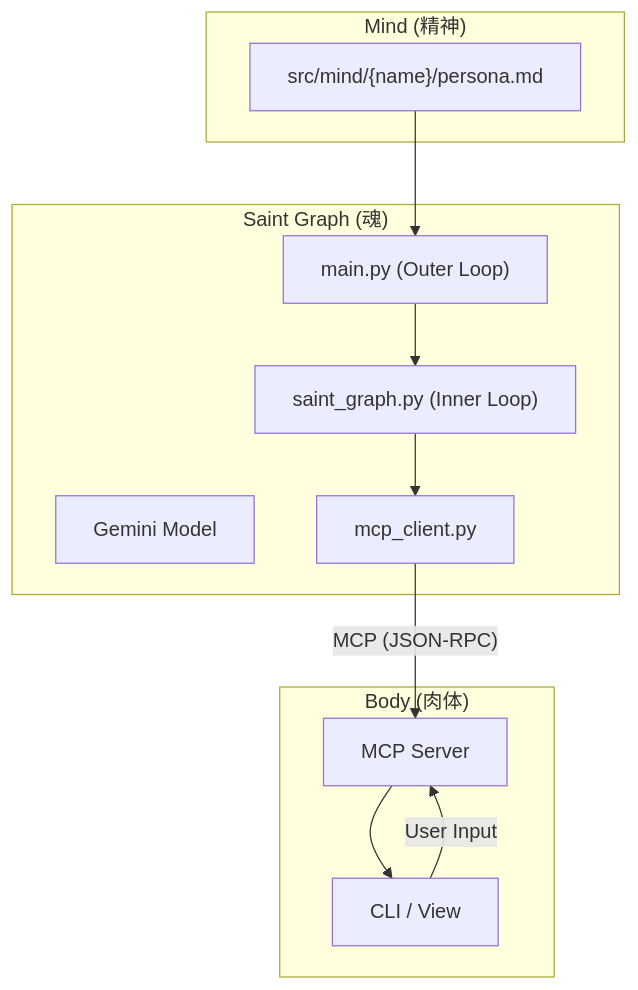
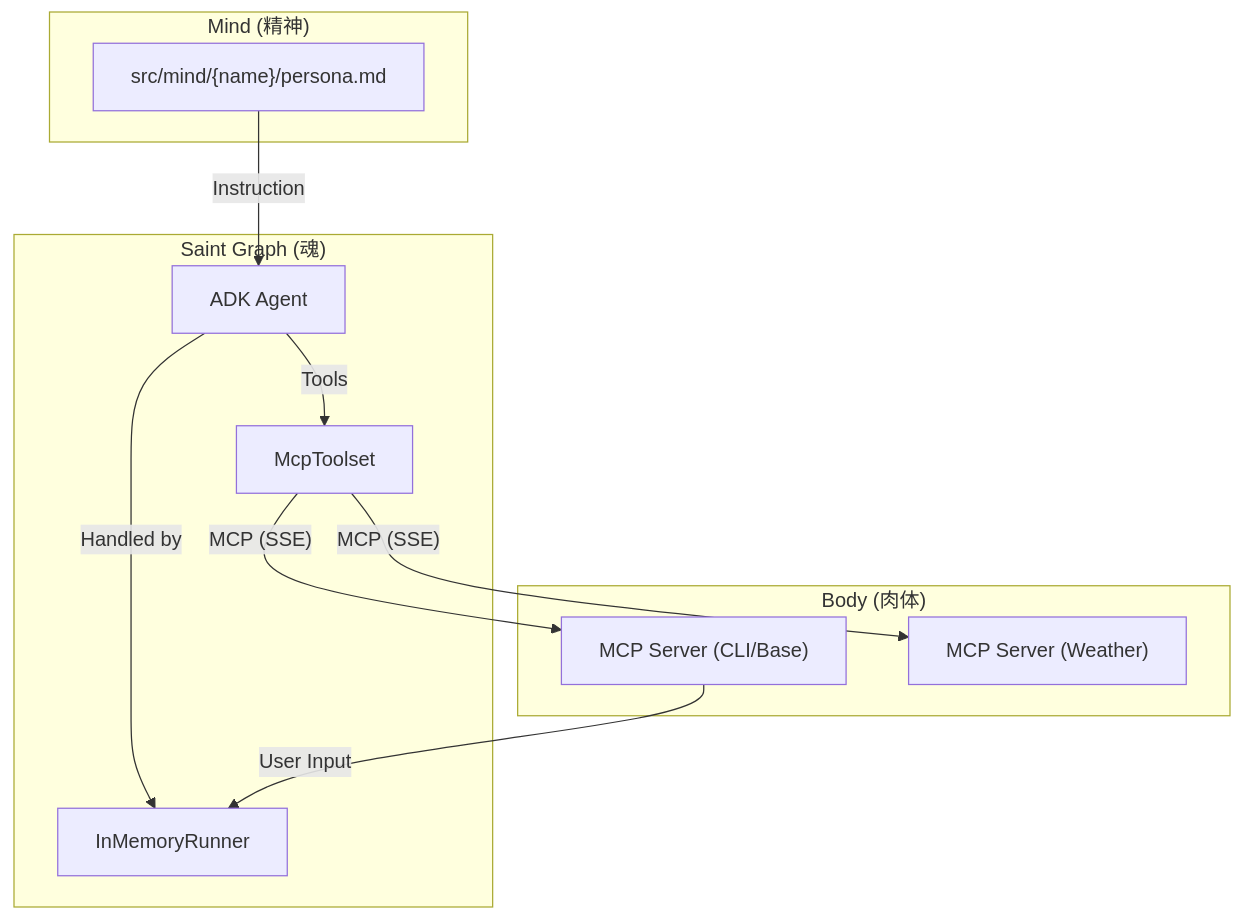
One commit to koduki/ai-tuber changed the diagram in docs/ARCHITECTURE.md. Above: the diagram before and after it, drawn with Mermaid. The commit also changed other lines of this file and 21 other files, not shown here.

````diff
--- a/docs/ARCHITECTURE.md
+++ b/docs/ARCHITECTURE.md
@@ -10,25 +9,24 @@
 ```mermaid
 graph TD
   subgraph Mind ["Mind (精神)"]
     Persona["src/mind/{name}/persona.md"]
   end
 
   subgraph SaintGraph ["Saint Graph (魂)"]
-    Gemini["Gemini Model"]
-    Logic["main.py (Outer Loop)"]
-    Soul["saint_graph.py (Inner Loop)"]
-    Client["mcp_client.py"]
+    Agent["ADK Agent"]
+    Runner["InMemoryRunner"]
+    Toolset["McpToolset"]
   end
 
   subgraph Body ["Body (肉体)"]
-    Server["MCP Server"]
-    CLI["CLI / View"]
+    ServerCLI["MCP Server (CLI/Base)"]
+    ServerWeather["MCP Server (Weather)"]
   end
 
-  Persona --> Logic
-  Logic --> Soul
-  Soul --> Client
-  Client -- "MCP (JSON-RPC)" --> Server
-  Server --> CLI
-  CLI -- "User Input" --> Server
+  Persona -- "Instruction" --> Agent
+  Agent -- "Handled by" --> Runner
+  Agent -- "Tools" --> Toolset
+  Toolset -- "MCP (SSE)" --> ServerCLI
+  Toolset -- "MCP (SSE)" --> ServerWeather
+  ServerCLI -- "User Input" --> Runner
 ```
````
